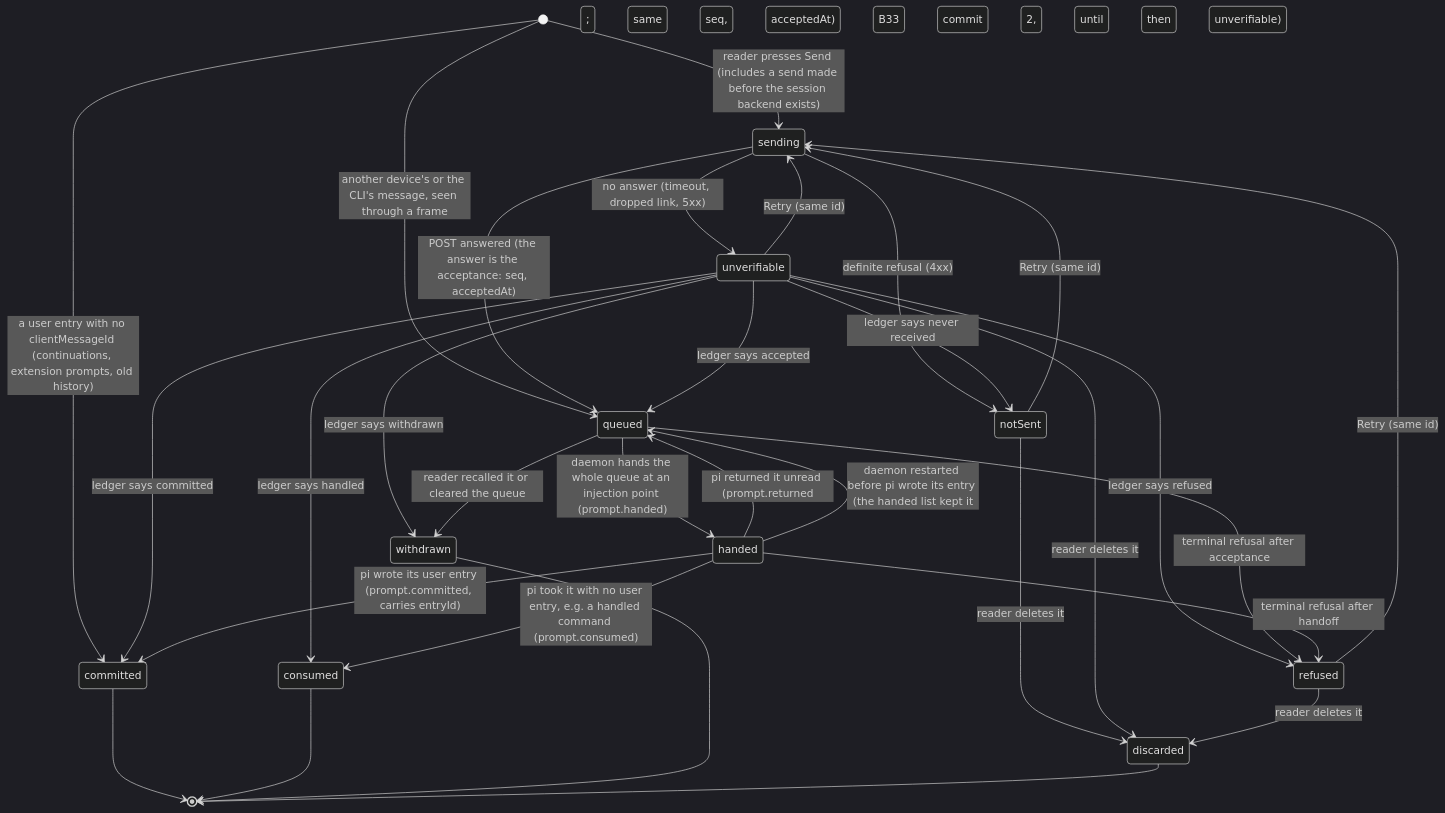
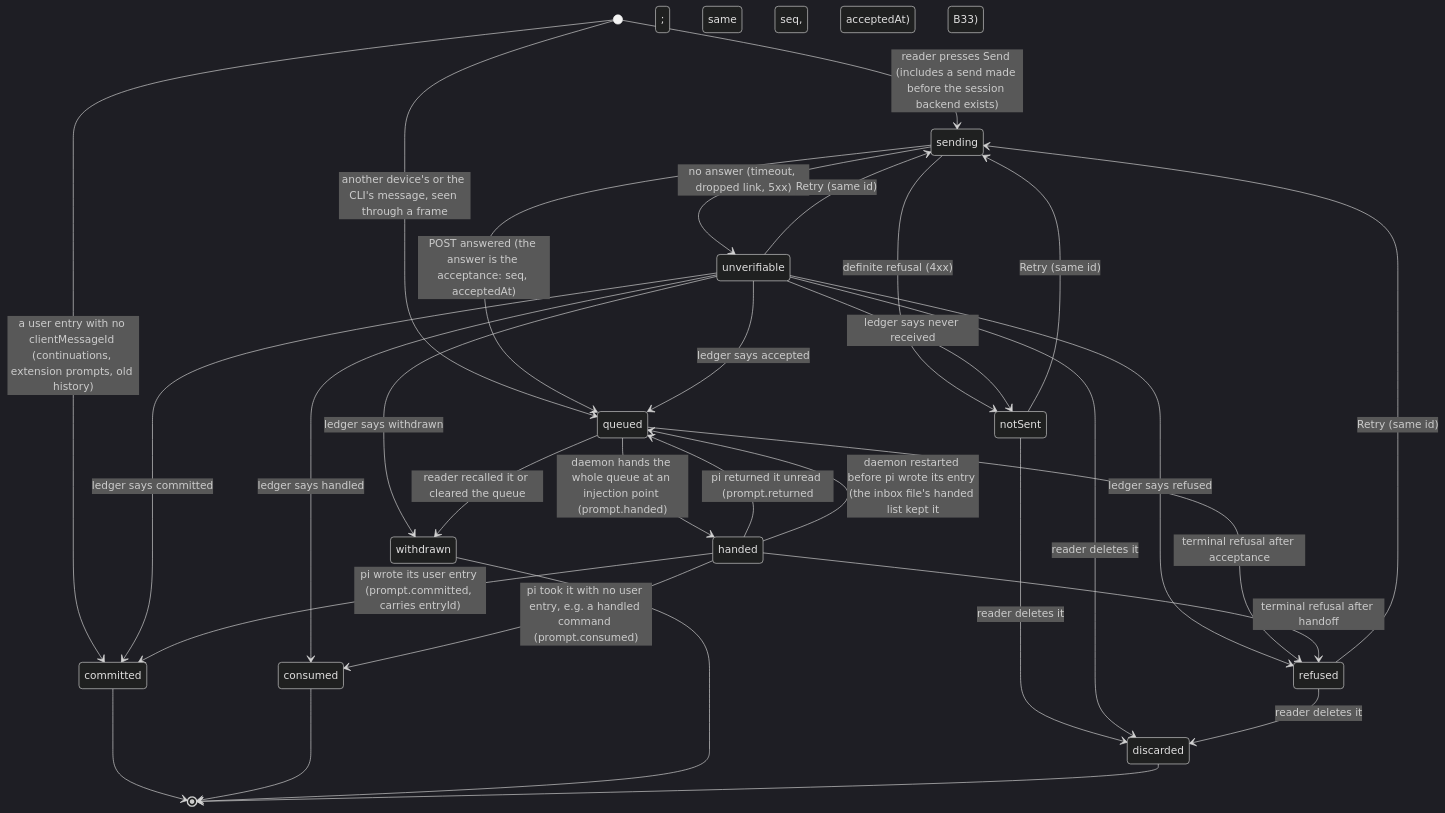
Before and after one commit to Gang-of-Beads/pi-web: the first of 12 diagrams in docs/design/state-diagram.md, drawn with Mermaid (dark theme). The commit also changed other lines of this file and 13 other files, not shown here.

````diff
--- a/docs/design/state-diagram.md
+++ b/docs/design/state-diagram.md
@@ -31,33 +31,33 @@
 ```mermaid
 stateDiagram-v2
     [*] --> sending: reader presses Send (includes a send made before the session backend exists)
     [*] --> queued: another device's or the CLI's message, seen through a frame
     [*] --> committed: a user entry with no clientMessageId (continuations, extension prompts, old history)
     sending --> queued: POST answered (the answer is the acceptance: seq, acceptedAt)
     sending --> unverifiable: no answer (timeout, dropped link, 5xx)
     sending --> notSent: definite refusal (4xx)
     unverifiable --> queued: ledger says accepted
     unverifiable --> committed: ledger says committed
     unverifiable --> consumed: ledger says handled
     unverifiable --> refused: ledger says refused
     unverifiable --> withdrawn: ledger says withdrawn
     unverifiable --> notSent: ledger says never received
     notSent --> sending: Retry (same id)
     unverifiable --> sending: Retry (same id)
     refused --> sending: Retry (same id)
     notSent --> discarded: reader deletes it
     unverifiable --> discarded: reader deletes it
     refused --> discarded: reader deletes it
     queued --> handed: daemon hands the whole queue at an injection point (prompt.handed)
     handed --> queued: pi returned it unread (prompt.returned; same seq, same acceptedAt)
     handed --> committed: pi wrote its user entry (prompt.committed, carries entryId)
     handed --> consumed: pi took it with no user entry, e.g. a handled command (prompt.consumed)
-    handed --> queued: daemon restarted before pi wrote its entry (the handed list kept it; B33 commit 2, until then unverifiable)
+    handed --> queued: daemon restarted before pi wrote its entry (the inbox file's handed list kept it; B33)
     queued --> withdrawn: reader recalled it or cleared the queue
     queued --> refused: terminal refusal after acceptance
     handed --> refused: terminal refusal after handoff
     committed --> [*]
     consumed --> [*]
     withdrawn --> [*]
     discarded --> [*]
 ```
````
